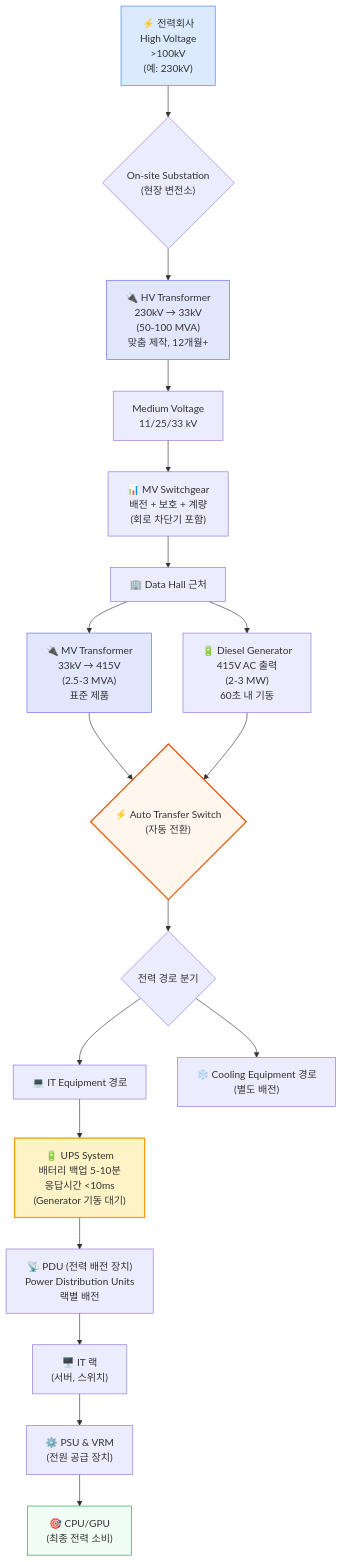
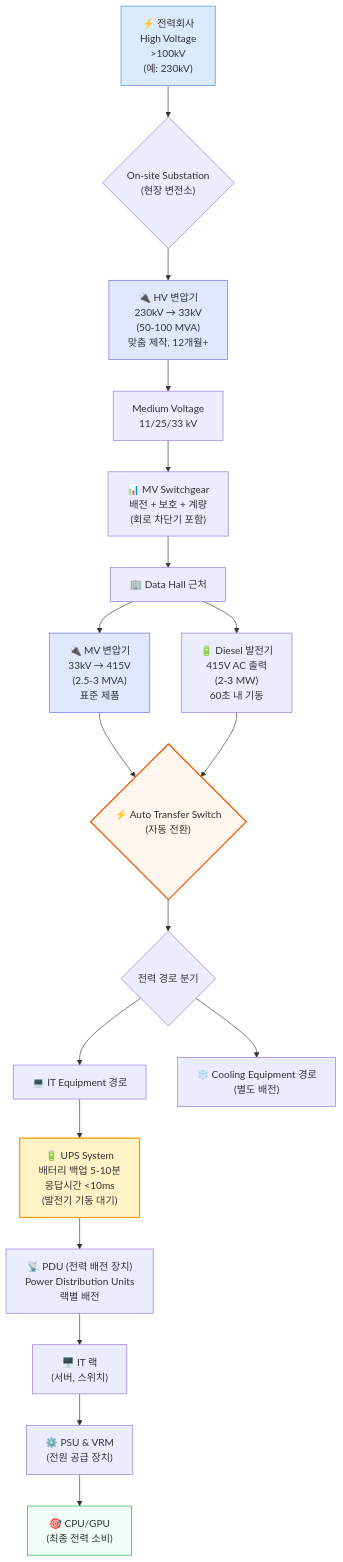
One commit to yohan4477/semi-report changed the seventh of 10 diagrams in 원본 해석/[2024-10-14] 데이터센터 해부학 Part 1 - 전기 시스템.md. Above: the diagram before and after it, drawn with Mermaid. The commit also changed other lines of this file, not shown here.

````diff
--- a/원본 해석/[2024-10-14] 데이터센터 해부학 Part 1 - 전기 시스템.md
+++ b/원본 해석/[2024-10-14] 데이터센터 해부학 Part 1 - 전기 시스템.md
@@ -317,34 +317,34 @@
 ```mermaid
 flowchart TD
     Utility["⚡ 전력회사<br/>High Voltage<br/>&gt;100kV<br/>(예: 230kV)"] --> Substation{"On-site Substation<br/>(현장 변전소)"}
 
-    Substation --> HVTransformer["🔌 HV Transformer<br/>230kV → 33kV<br/>(50-100 MVA)<br/>맞춤 제작, 12개월+"]
-    HVTransformer --> MVPower["Medium Voltage<br/>11/25/33 kV"]
+    Substation --> HV변압기["🔌 HV 변압기<br/>230kV → 33kV<br/>(50-100 MVA)<br/>맞춤 제작, 12개월+"]
+    HV변압기 --> MVPower["Medium Voltage<br/>11/25/33 kV"]
 
     MVPower --> MVSwitchgear["📊 MV Switchgear<br/>배전 + 보호 + 계량<br/>(회로 차단기 포함)"]
     MVSwitchgear --> DataHall["🏢 Data Hall 근처"]
 
-    DataHall --> MVTransformer["🔌 MV Transformer<br/>33kV → 415V<br/>(2.5-3 MVA)<br/>표준 제품"]
-    DataHall --> Generator["🔋 Diesel Generator<br/>415V AC 출력<br/>(2-3 MW)<br/>60초 내 기동"]
+    DataHall --> MV변압기["🔌 MV 변압기<br/>33kV → 415V<br/>(2.5-3 MVA)<br/>표준 제품"]
+    DataHall --> 발전기["🔋 Diesel 발전기<br/>415V AC 출력<br/>(2-3 MW)<br/>60초 내 기동"]
 
-    MVTransformer --> ATS{"⚡ Auto Transfer Switch<br/>(자동 전환)"}
-    Generator --> ATS
+    MV변압기 --> ATS{"⚡ Auto Transfer Switch<br/>(자동 전환)"}
+    발전기 --> ATS
 
     ATS --> TwoPath{"전력 경로 분기"}
 
     TwoPath --> ITPath["💻 IT Equipment 경로"]
     TwoPath --> CoolingPath["❄️ Cooling Equipment 경로<br/>(별도 배전)"]
 
-    ITPath --> UPS["🔋 UPS System<br/>배터리 백업 5-10분<br/>응답시간 &lt;10ms<br/>(Generator 기동 대기)"]
+    ITPath --> UPS["🔋 UPS System<br/>배터리 백업 5-10분<br/>응답시간 &lt;10ms<br/>(발전기 기동 대기)"]
     UPS --> PDU["📡 PDU (전력 배전 장치)<br/>Power Distribution Units<br/>랙별 배전"]
     PDU --> Rack["🖥️ IT 랙<br/>(서버, 스위치)"]
     Rack --> PSU["⚙️ PSU & VRM<br/>(전원 공급 장치)"]
     PSU --> Chip["🎯 CPU/GPU<br/>(최종 전력 소비)"]
 
     style Utility fill:#dbeafe,stroke:#3b82f6
-    style HVTransformer fill:#e0e7ff,stroke:#6366f1
-    style MVTransformer fill:#e0e7ff,stroke:#6366f1
+    style HV변압기 fill:#e0e7ff,stroke:#6366f1
+    style MV변압기 fill:#e0e7ff,stroke:#6366f1
     style ATS fill:#fff7ed,stroke:#ea580c,stroke-width:2px
     style UPS fill:#fef3c7,stroke:#f59e0b,stroke-width:2px
     style Chip fill:#f0fdf4,stroke:#16a34a
 ```
````
